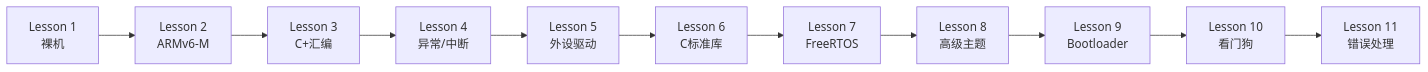
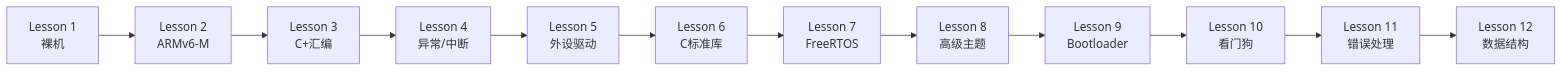
Before and after one commit to neluca/embedded-from-scratch: the first of 2 diagrams in README.md, drawn with Mermaid. The commit also changed other lines of this file and 15 other files, not shown here.

````diff
--- a/README.md
+++ b/README.md
@@ -93,4 +93,4 @@
 ```mermaid
 flowchart LR
-    L1["Lesson 1<br>裸机"] --> L2["Lesson 2<br>ARMv6-M"] --> L3["Lesson 3<br>C+汇编"] --> L4["Lesson 4<br>异常/中断"] --> L5["Lesson 5<br>外设驱动"] --> L6["Lesson 6<br>C标准库"] --> L7["Lesson 7<br>FreeRTOS"] --> L8["Lesson 8<br>高级主题"] --> L9["Lesson 9<br>Bootloader"] --> L10["Lesson 10<br>看门狗"] --> L11["Lesson 11<br>错误处理"]
+    L1["Lesson 1<br>裸机"] --> L2["Lesson 2<br>ARMv6-M"] --> L3["Lesson 3<br>C+汇编"] --> L4["Lesson 4<br>异常/中断"] --> L5["Lesson 5<br>外设驱动"] --> L6["Lesson 6<br>C标准库"] --> L7["Lesson 7<br>FreeRTOS"] --> L8["Lesson 8<br>高级主题"] --> L9["Lesson 9<br>Bootloader"] --> L10["Lesson 10<br>看门狗"] --> L11["Lesson 11<br>错误处理"] --> L12["Lesson 12<br>数据结构"]
 ```
````
